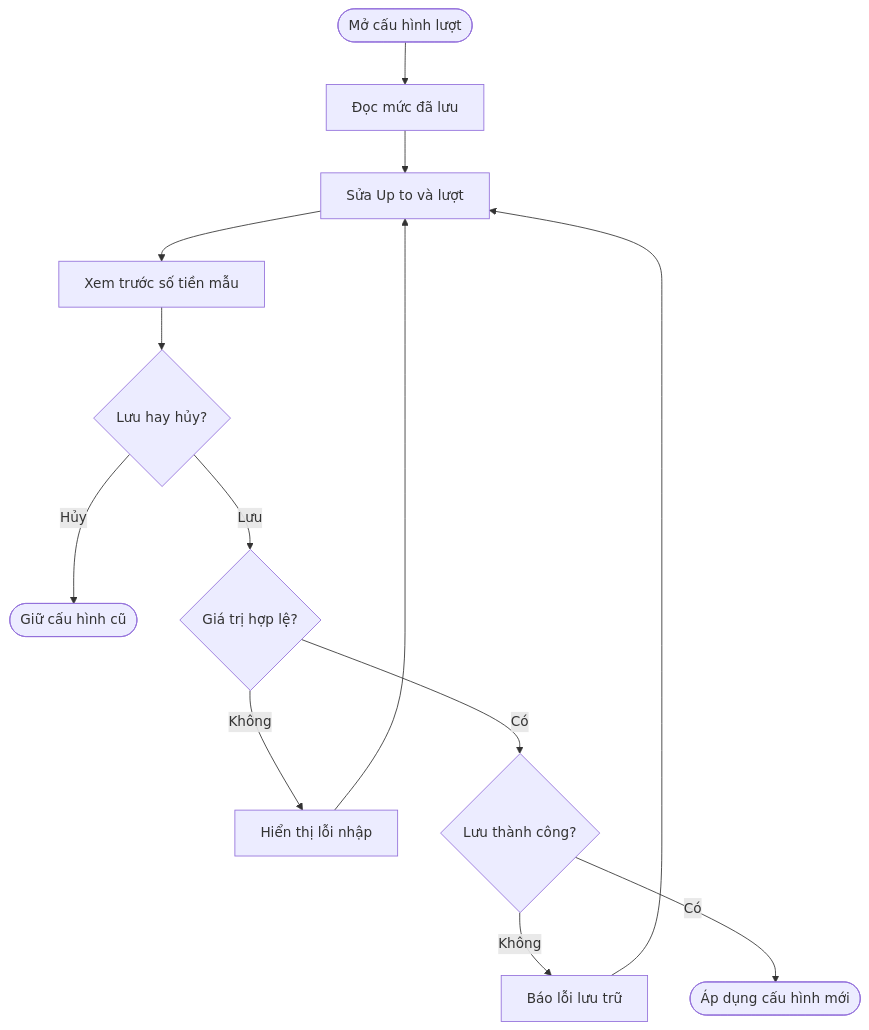
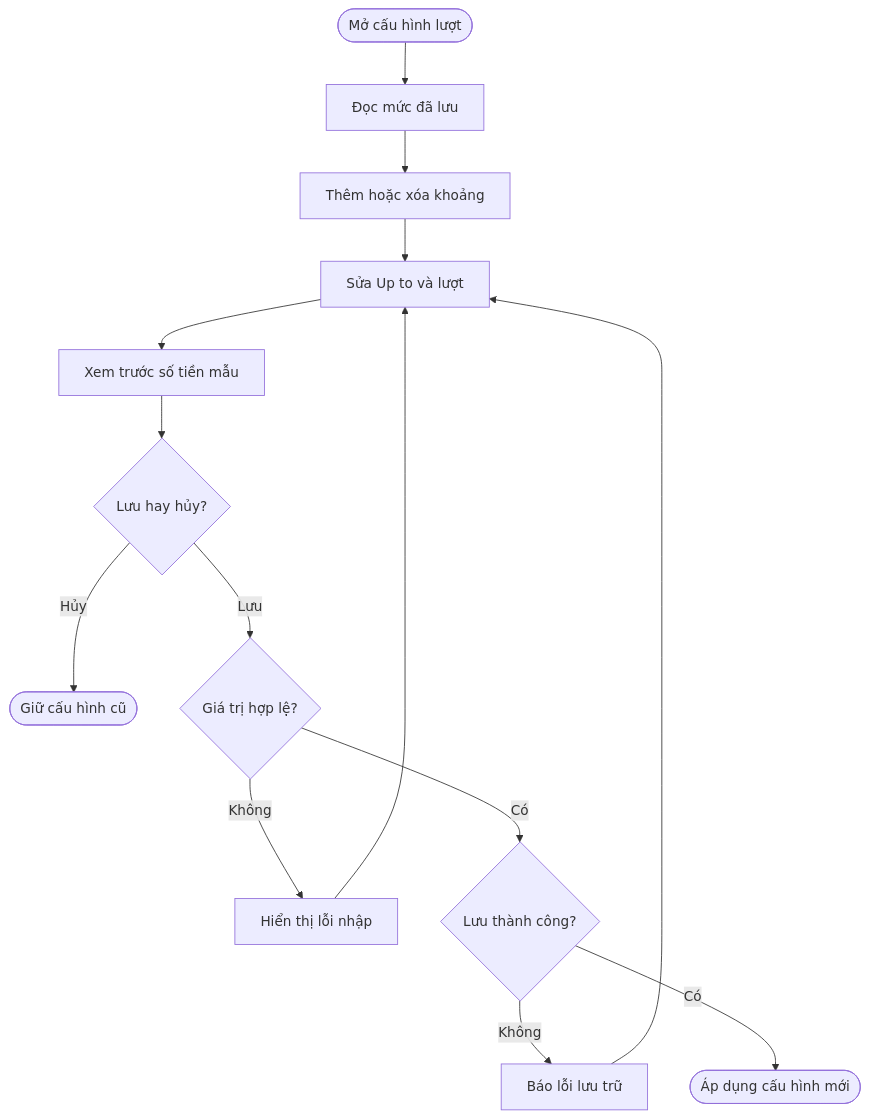
The first of 4 diagrams in docs/business/weighted-turn-settings.md (maivtn/taxiq), drawn with Mermaid before and after one commit. The commit also changed other lines of this file and 10 other files, not shown here.

````diff
--- a/docs/business/weighted-turn-settings.md
+++ b/docs/business/weighted-turn-settings.md
@@ -88,15 +91,16 @@
 ```mermaid
 flowchart TD
     A([Mở cấu hình lượt]) --> B[Đọc mức đã lưu]
-    B --> C[Sửa Up to và lượt]
+    B --> L[Thêm hoặc xóa khoảng]
+    L --> C[Sửa Up to và lượt]
     C --> K[Xem trước số tiền mẫu]
     K --> D{Lưu hay hủy?}
     D -- Hủy --> E([Giữ cấu hình cũ])
     D -- Lưu --> F{Giá trị hợp lệ?}
     F -- Không --> G[Hiển thị lỗi nhập]
     G --> C
     F -- Có --> H{Lưu thành công?}
     H -- Không --> I[Báo lỗi lưu trữ]
     I --> C
     H -- Có --> J([Áp dụng cấu hình mới])
 ```
````
